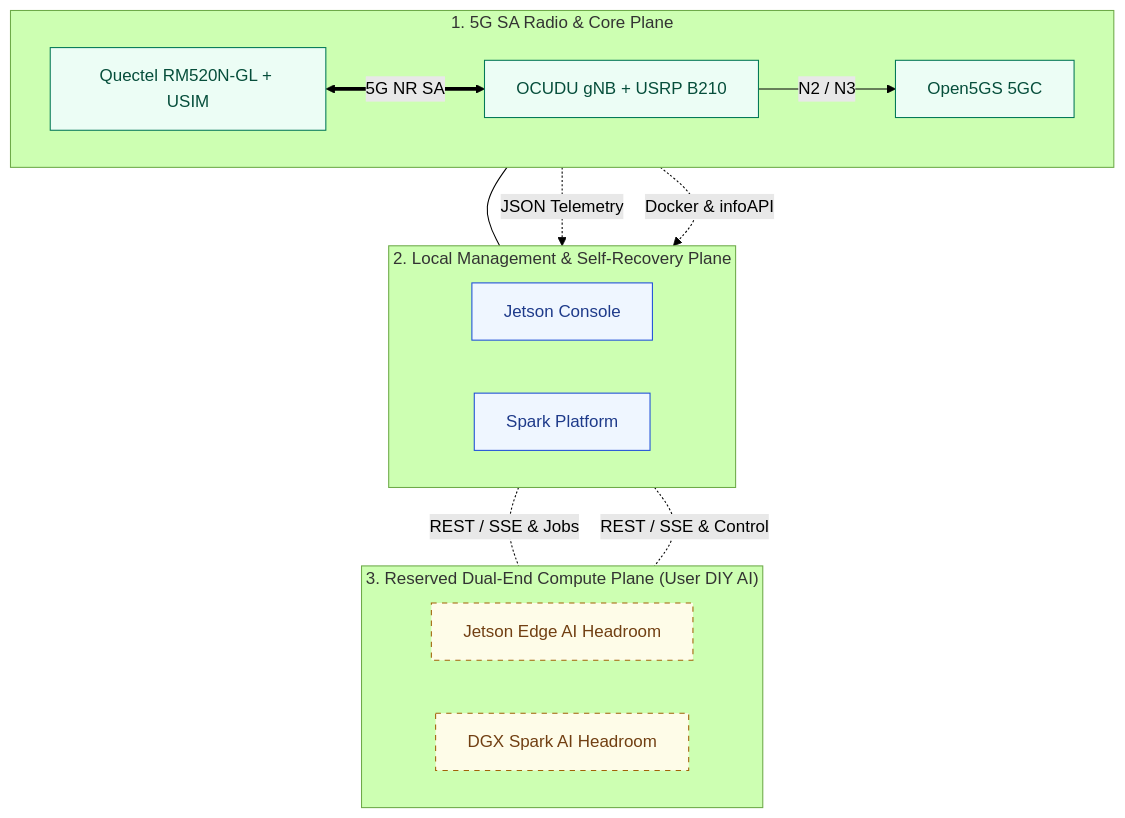
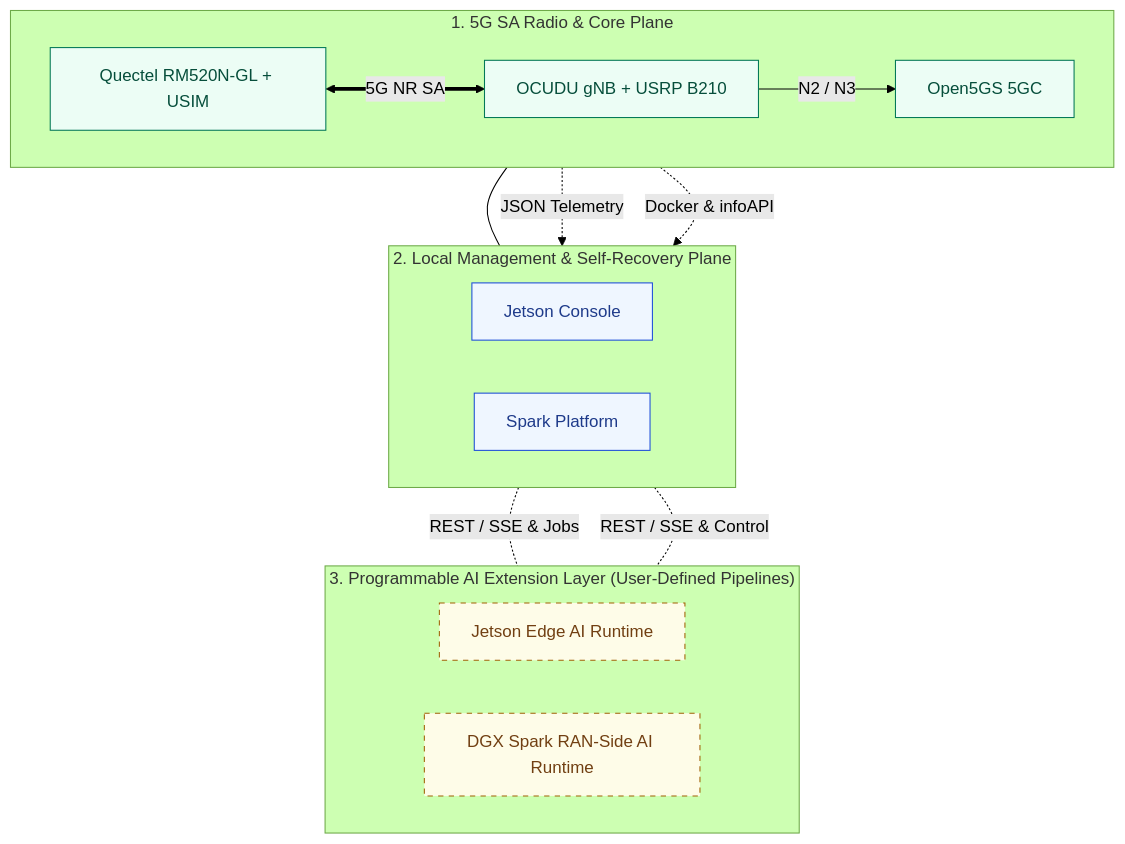
The diagram in docs/architecture.md (HKUOpenSource/OpenAirKit), drawn with Mermaid (forest theme) before and after one commit. The commit also changed other lines of this file and 40 other files, not shown here.

````diff
--- a/docs/architecture.md
+++ b/docs/architecture.md
@@ -22,33 +23,33 @@
 ```mermaid
 flowchart TB
   classDef stack fill:#ecfdf5,stroke:#047857,color:#064e3b
   classDef mgmt fill:#eff6ff,stroke:#1d4ed8,color:#1e3a8a
   classDef ai fill:#fefce8,stroke:#a16207,stroke-dasharray:5 5,color:#713f12
 
-  subgraph AI["3. Reserved Dual-End Compute Plane (User DIY AI)"]
+  subgraph AI["3. Programmable AI Extension Layer (User-Defined Pipelines)"]
     direction LR
-    JAI["Jetson Edge AI Headroom"]:::ai
-    SAI["DGX Spark AI Headroom"]:::ai
+    JAI["Jetson Edge AI Runtime"]:::ai
+    SAI["DGX Spark RAN-Side AI Runtime"]:::ai
   end
 
   subgraph MGMT["2. Local Management & Self-Recovery Plane"]
     direction LR
     JC["Jetson Console"]:::mgmt
     SP["Spark Platform"]:::mgmt
   end
 
   subgraph STACK["1. 5G SA Radio & Core Plane"]
     direction LR
     RM["Quectel RM520N-GL + USIM"]:::stack
     GNB["OCUDU gNB + USRP B210"]:::stack
     CORE["Open5GS 5GC"]:::stack
     RM <== "5G NR SA" ==> GNB
     GNB -- "N2 / N3" --> CORE
   end
 
   RM --- JC
   GNB -. "JSON Telemetry" .-> SP
   CORE -. "Docker & infoAPI" .-> SP
   JC -. "REST / SSE & Jobs" .- JAI
   SP -. "REST / SSE & Control" .- SAI
 ```
````
